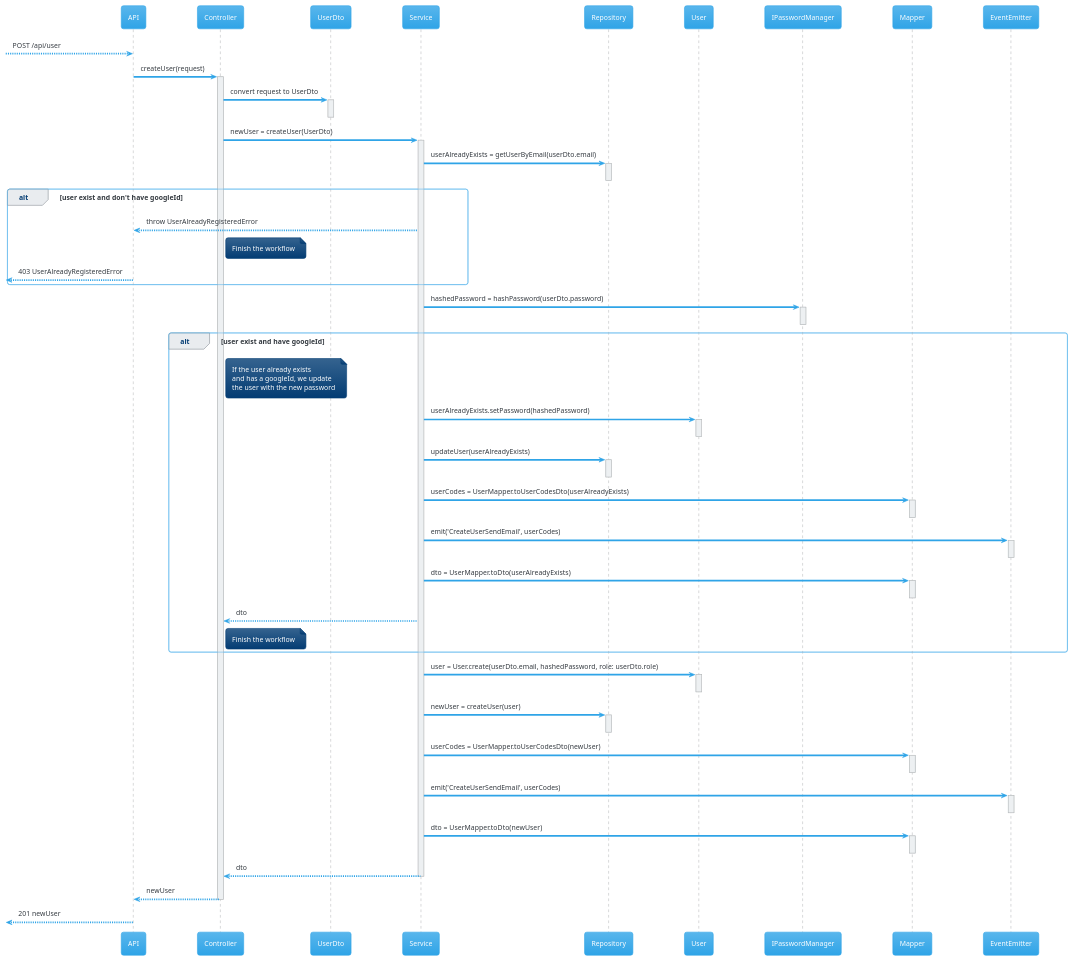
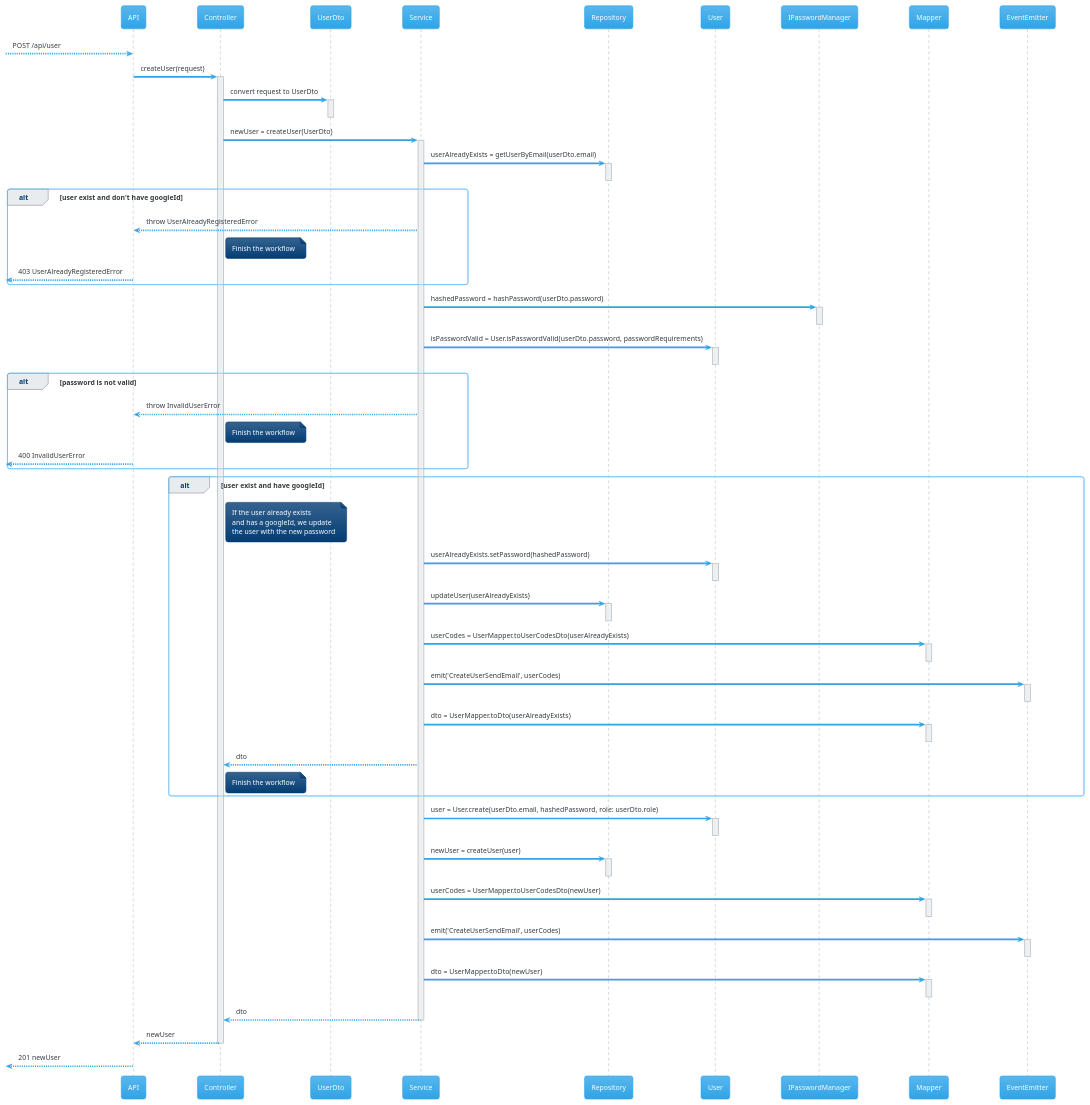
Before and after one commit to ArturBrito/auth: the diagram in docs/authentication/signup/signup.sd.puml, drawn with PlantUML. The commit also changed 9 other files, not shown here.

Commit message:
feat: enforce password requirements

```diff
--- a/docs/authentication/signup/signup.sd.puml
+++ b/docs/authentication/signup/signup.sd.puml
@@ -1,86 +1,98 @@
 @startuml
 !theme cerulean
 participant "API" as API
 participant "Controller" as Ctrl
 participant "UserDto" as Dto
 participant "Service" as Service
 participant "Repository" as Repo
 participant "User" as User
 participant "IPasswordManager" as PassManager
 participant "Mapper" as Mapper
 participant "EventEmitter" as Emitter
 
 --> API: POST /api/user
 API -> Ctrl: createUser(request)
 activate Ctrl
 Ctrl -> Dto: convert request to UserDto
 activate Dto
 deactivate Dto
 Ctrl -> Service: newUser = createUser(UserDto)
 activate Service
 Service -> Repo: userAlreadyExists = getUserByEmail(userDto.email)
 activate Repo
 deactivate Repo
 alt user exist and don't have googleId
     Service --> API: throw UserAlreadyRegisteredError
     note right of Ctrl
         Finish the workflow
     end note
     <-- API: 403 UserAlreadyRegisteredError
 end
 Service -> PassManager: hashedPassword = hashPassword(userDto.password)
 activate PassManager
 deactivate PassManager
+
+Service -> User: isPasswordValid = User.isPasswordValid(userDto.password, passwordRequirements)
+activate User
+deactivate User
+
+alt password is not valid
+    Service --> API: throw InvalidUserError
+    note right of Ctrl
+        Finish the workflow
+    end note
+    <-- API: 400 InvalidUserError
+end
 
 alt user exist and have googleId
     note right of Ctrl
         If the user already exists
         and has a googleId, we update
         the user with the new password
     end note
 
     Service -> User: userAlreadyExists.setPassword(hashedPassword)
     activate User
     deactivate User
     Service -> Repo: updateUser(userAlreadyExists)
     activate Repo
     deactivate Repo
     Service -> Mapper: userCodes = UserMapper.toUserCodesDto(userAlreadyExists)
     activate Mapper
     deactivate Mapper
     Service -> Emitter: emit('CreateUserSendEmail', userCodes)
     activate Emitter
     deactivate Emitter
     Service -> Mapper: dto = UserMapper.toDto(userAlreadyExists)
     activate Mapper
     deactivate Mapper
     Service --> Ctrl: dto
     note right of Ctrl
         Finish the workflow
     end note
 end
 
 Service -> User: user = User.create(userDto.email, hashedPassword, role: userDto.role)
 activate User
 deactivate User
 Service -> Repo: newUser = createUser(user)
 activate Repo
 deactivate Repo
 Service -> Mapper: userCodes = UserMapper.toUserCodesDto(newUser)
 activate Mapper
 deactivate Mapper
 Service -> Emitter: emit('CreateUserSendEmail', userCodes)
 activate Emitter
 deactivate Emitter
 Service -> Mapper: dto = UserMapper.toDto(newUser)
 activate Mapper
 deactivate Mapper
 Service --> Ctrl: dto
 deactivate Service
 Ctrl --> API: newUser
 deactivate Ctrl
 <-- API : 201 newUser
 
 
 
 @enduml
```
